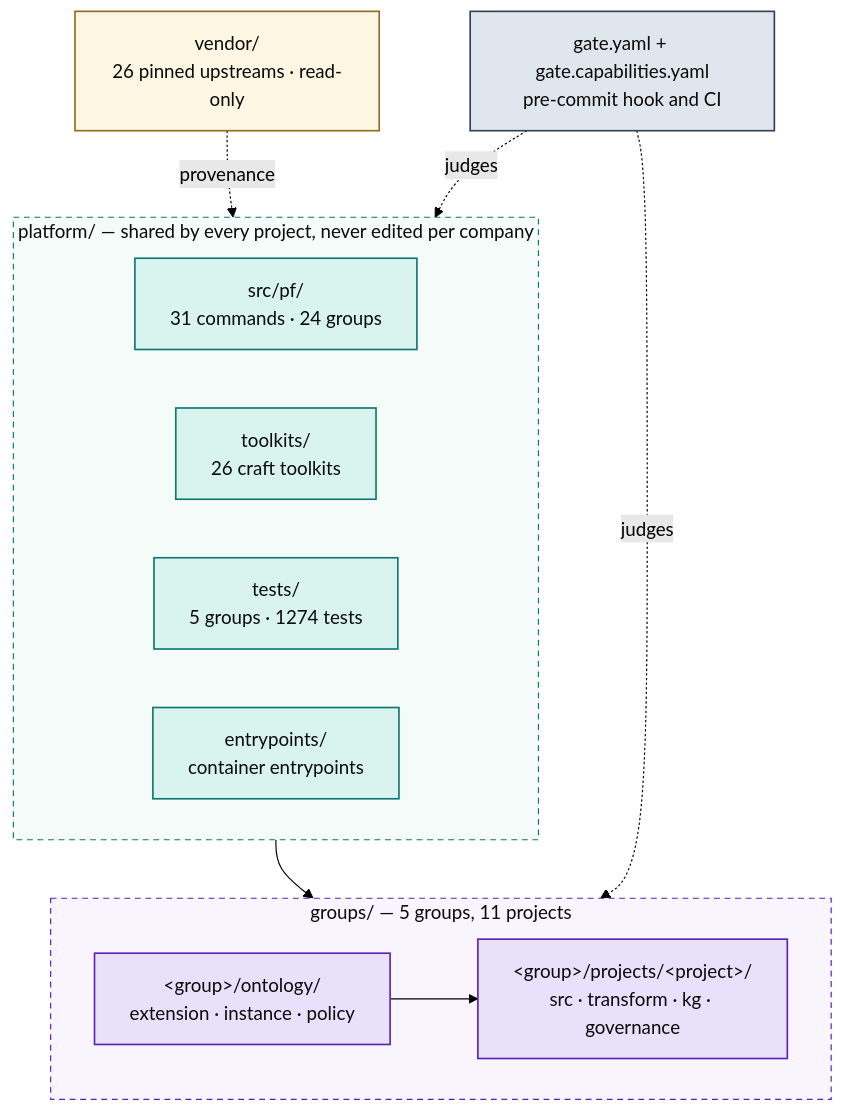
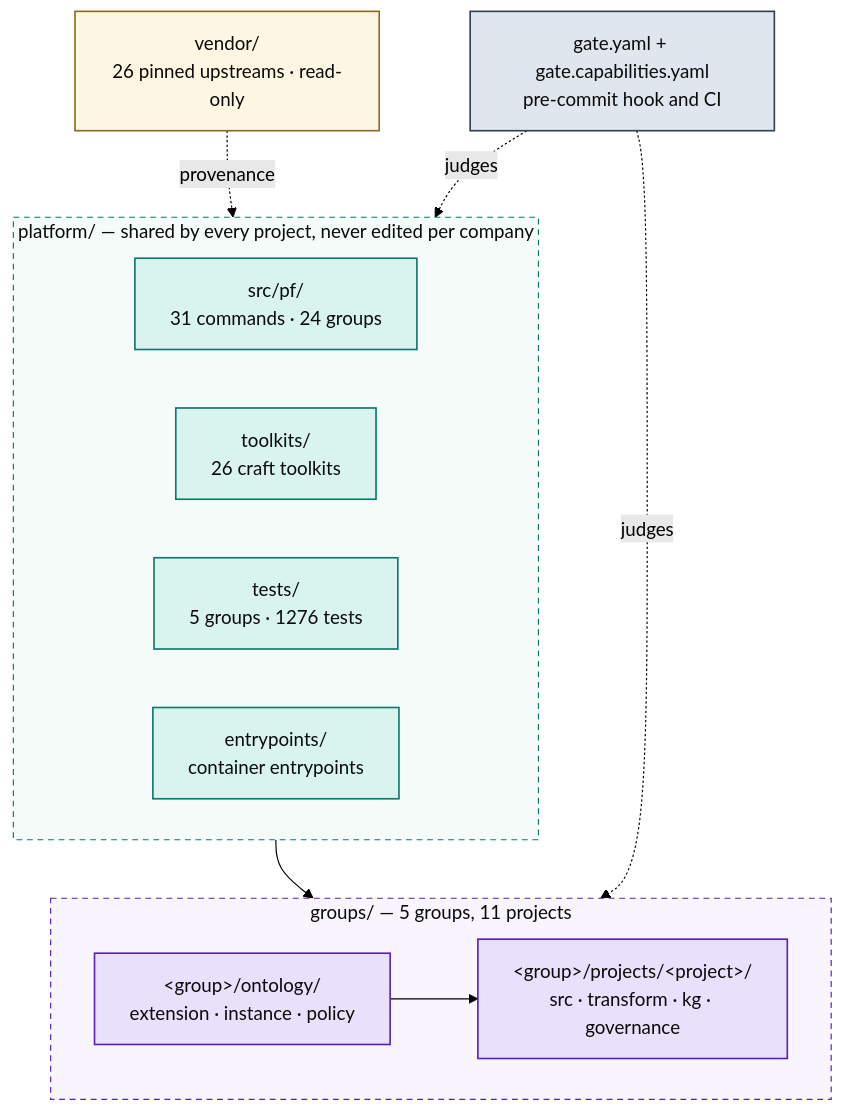
Before and after one commit to Atomz-org/data-platform: the first of 5 diagrams in docs/ARCHITECTURE.md, drawn with Mermaid (forest theme). The commit also changed other lines of this file and 5 other files, not shown here.

````diff
--- a/docs/ARCHITECTURE.md
+++ b/docs/ARCHITECTURE.md
@@ -15,36 +15,36 @@
 ```mermaid
 flowchart TB
   subgraph SHARED["platform/ — shared by every project, never edited per company"]
     direction LR
     ENG["src/pf/<br/>31 commands · 24 groups"]
     TK["toolkits/<br/>26 craft toolkits"]
-    TST["tests/<br/>5 groups · 1274 tests"]
+    TST["tests/<br/>5 groups · 1276 tests"]
     ENT["entrypoints/<br/>container entrypoints"]
   end
 
   subgraph ENTITIES["groups/ — 5 groups, 11 projects"]
     direction LR
     GRP["&lt;group&gt;/ontology/<br/>extension · instance · policy"]
     PRJ["&lt;group&gt;/projects/&lt;project&gt;/<br/>src · transform · kg · governance"]
     GRP --> PRJ
   end
 
   VEN["vendor/<br/>26 pinned upstreams · read-only"]
   GATE["gate.yaml + gate.capabilities.yaml<br/>pre-commit hook and CI"]
 
   SHARED --> ENTITIES
   VEN -.provenance.-> SHARED
   GATE -.judges.-> ENTITIES
   GATE -.judges.-> SHARED
 
   classDef code fill:#d9f4ee,stroke:#0f766e,stroke-width:1.4px,color:#0b0b0b
   classDef data fill:#e9e1fb,stroke:#5b21b6,stroke-width:1.4px,color:#0b0b0b
   classDef gov fill:#e0e6ed,stroke:#334155,stroke-width:1.4px,color:#0b0b0b
   classDef ext fill:#fdf6e3,stroke:#8a6d1f,stroke-width:1.4px,color:#0b0b0b
   class ENG,TK,TST,ENT code
   class GRP,PRJ data
   class GATE gov
   class VEN ext
   style SHARED fill:#f4fbf9,stroke:#0f766e,stroke-dasharray:5 4,color:#0b0b0b
   style ENTITIES fill:#f8f5fe,stroke:#5b21b6,stroke-dasharray:5 4,color:#0b0b0b
 ```
````
